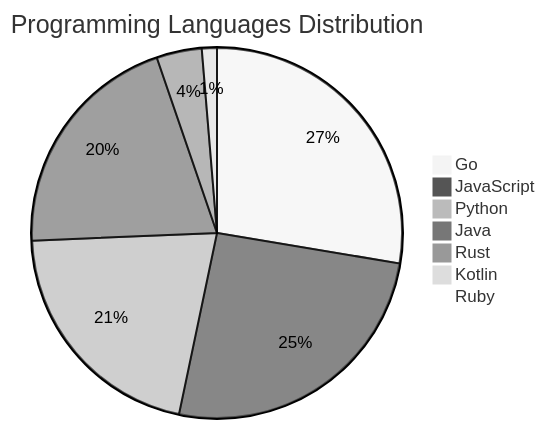
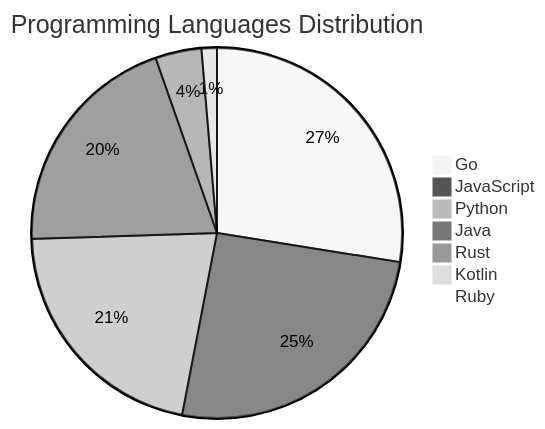
The diagram in README.md (Derrick-MUGISHA/github-activity-bot), drawn with Mermaid (neutral theme) before and after one commit. The commit also changed other lines of this file and 4 other files, not shown here.

````diff
--- a/README.md
+++ b/README.md
@@ -207,10 +207,10 @@
 ```mermaid
 pie title Programming Languages Distribution
-    "Go" : 42
-    "JavaScript" : 39
+    "Go" : 41
+    "JavaScript" : 38
     "Python" : 32
-    "Java" : 31
+    "Java" : 30
     "Rust" : 6
     "Kotlin" : 2
     "Ruby" : 1
 ```
````
